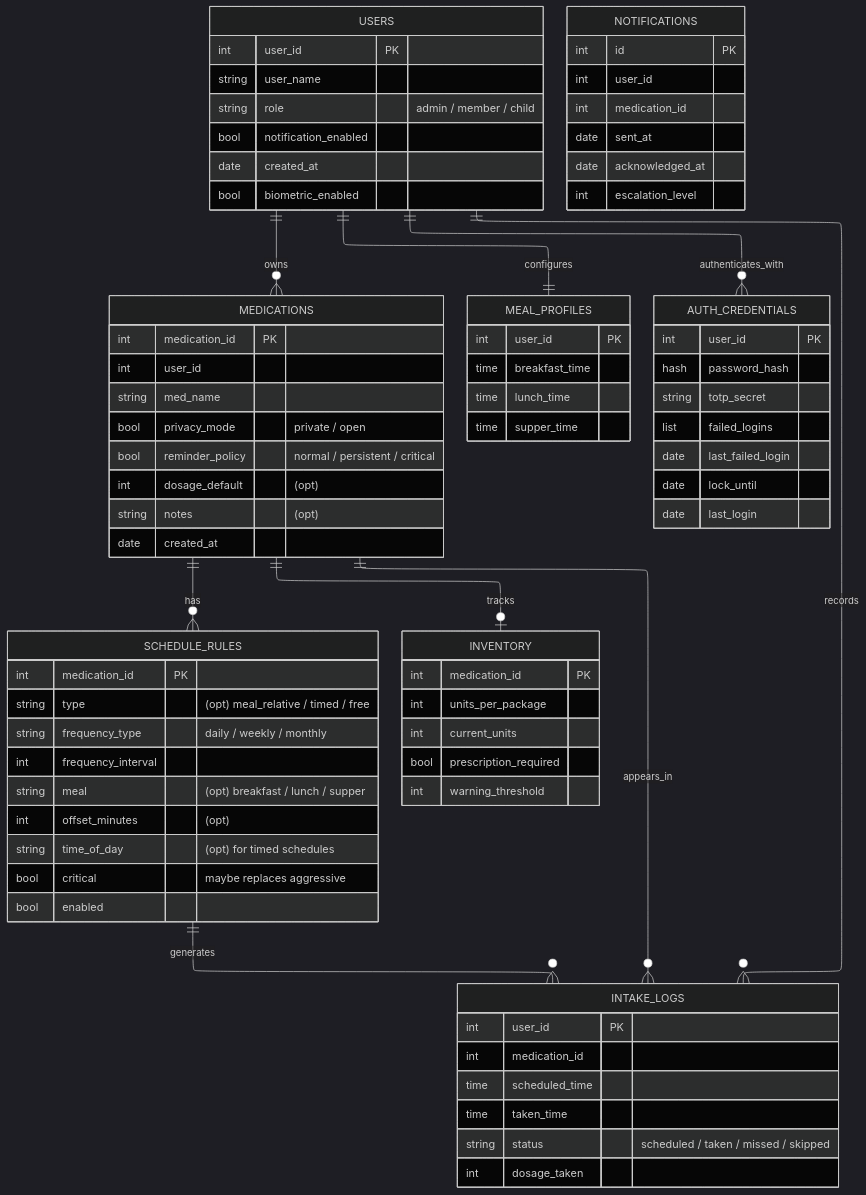
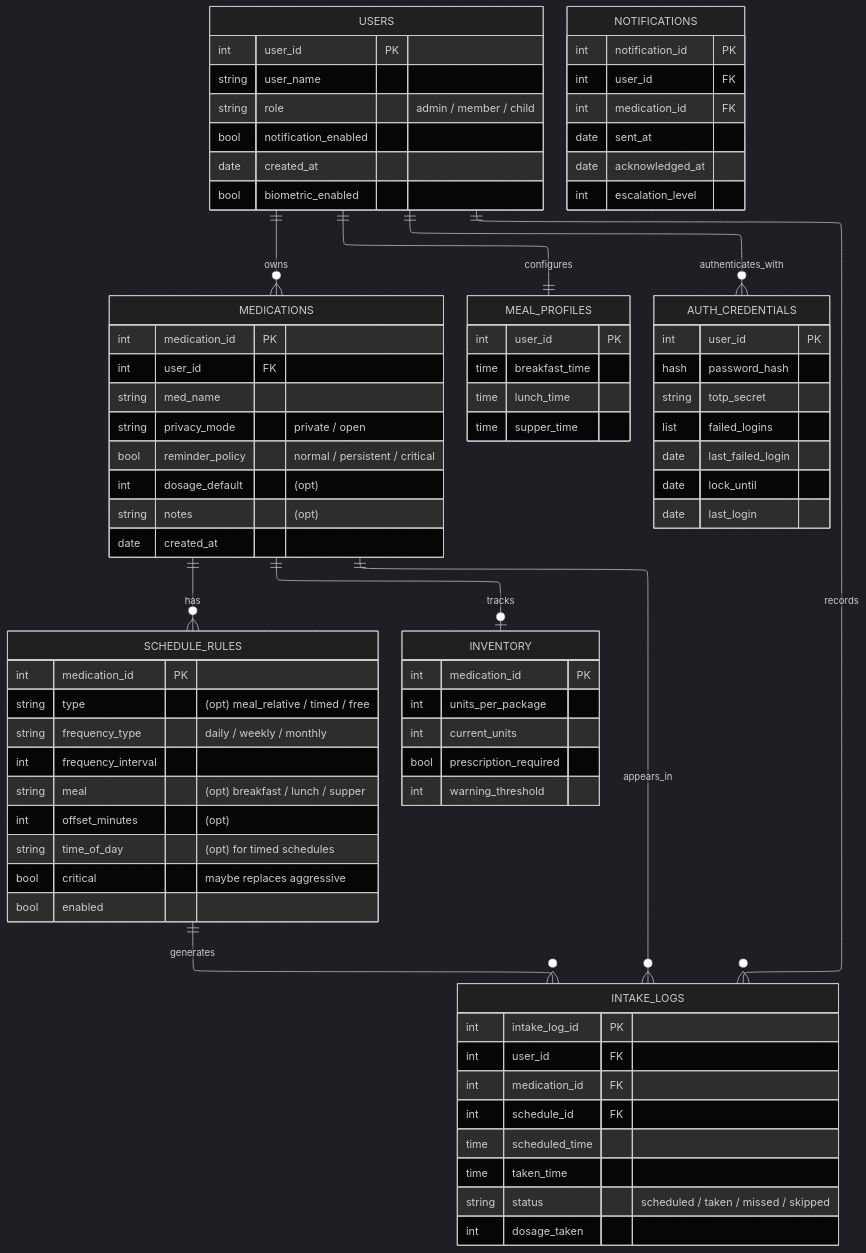
Before and after one commit to juscghwe/pilltracker: the second of 2 diagrams in docs/SDD.md, drawn with Mermaid (dark theme).

Commit message:
docs: fixed up wonky keys

```diff
--- a/docs/SDD.md
+++ b/docs/SDD.md
@@ -119,9 +119,9 @@
 
     MEDICATIONS {
         int medication_id PK
-        int user_id
+        int user_id FK
         string med_name
-        bool privacy_mode "private / open"
+        string privacy_mode "private / open"
         bool reminder_policy "normal / persistent / critical"
         int dosage_default "(opt)"
         string notes "(opt)"
@@ -156,8 +156,10 @@
     }
     
     INTAKE_LOGS {
-        int user_id PK
-        int medication_id
+        int intake_log_id PK
+        int user_id FK
+        int medication_id FK
+        int schedule_id FK
         time scheduled_time
         time taken_time
         string status "scheduled / taken / missed / skipped"
@@ -165,9 +167,9 @@
     }
 
     NOTIFICATIONS {
-        int id PK
-        int user_id
-        int medication_id
+        int notification_id PK
+        int user_id FK
+        int medication_id FK
         date sent_at
         date acknowledged_at
         int escalation_level
```
